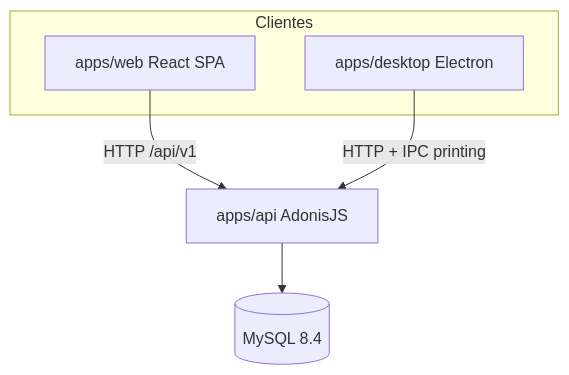
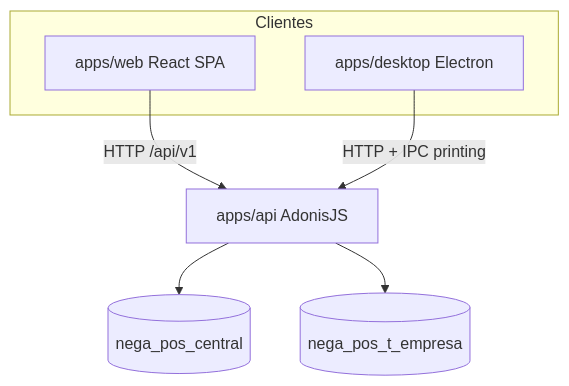
Before and after one commit to Greimer29/nega-pos: the diagram in DOCUMENTACION_OFICIAL.md, drawn with Mermaid. The commit also changed other lines of this file and 155 other files, not shown here.

First line of the commit message:
feat: multi-empresa con BD por tenant, platform admin y login Google

````diff
--- a/DOCUMENTACION_OFICIAL.md
+++ b/DOCUMENTACION_OFICIAL.md
@@ -52,12 +52,14 @@
 ```mermaid
 flowchart TB
   subgraph clients [Clientes]
     Web[apps/web React SPA]
     Desktop[apps/desktop Electron]
   end
   API[apps/api AdonisJS]
-  DB[(MySQL 8.4)]
+  Central[(nega_pos_central)]
+  TenantA[(nega_pos_t_empresa)]
   Web -->|HTTP /api/v1| API
   Desktop -->|HTTP + IPC printing| API
-  API --> DB
+  API --> Central
+  API --> TenantA
 ```
````
